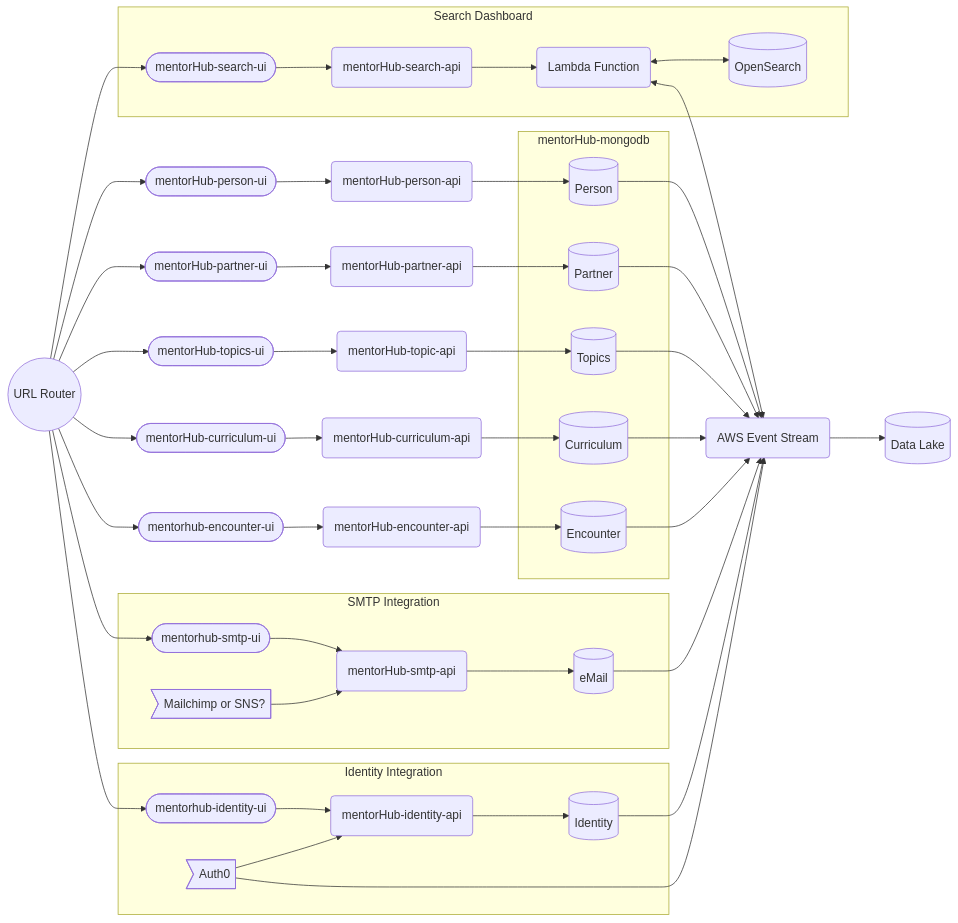
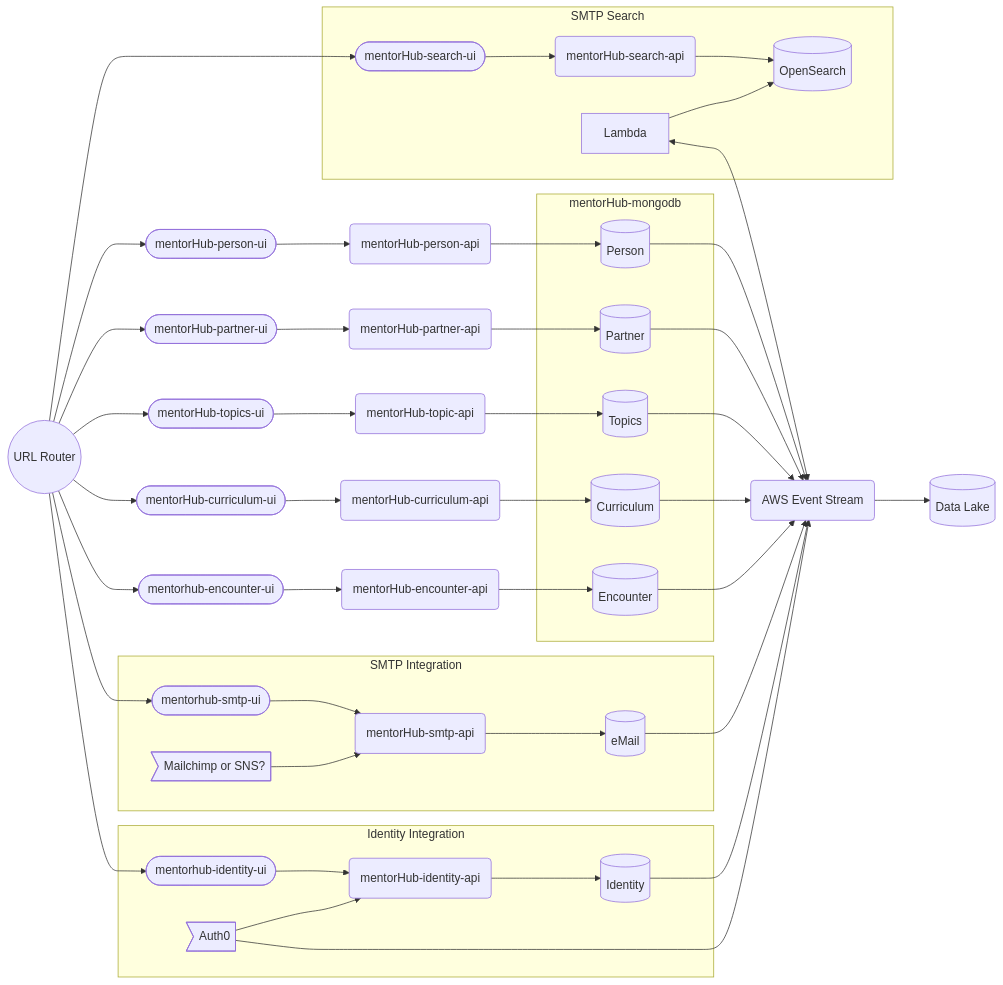
The first of 5 diagrams in specifications/ARCHITECTURE.md (agile-learning-institute/mentorHub), drawn with Mermaid before and after one commit. The commit also changed other lines of this file, not shown here.

Commit message:
search diagram update

```diff
--- a/specifications/ARCHITECTURE.md
+++ b/specifications/ARCHITECTURE.md
@@ -24,13 +24,12 @@
     BUS(AWS Event Stream)
     --> DataLake[(Data Lake)]
 
-    APIG 
-    --> SearchUI([mentorHub-search-ui])
-    subgraph Search Dashboard
+    APIG --> SearchUI([mentorHub-search-ui])
+    subgraph SMTP Search
         SearchUI
         --> SearchAPI(mentorHub-search-api)
-        --> Lambda(Lambda Function)
-        <--> SearchService[(OpenSearch)]
+        --> SearchService[(OpenSearch)]
+        Lambda --> SearchService
     end
     Lambda <--> BUS
     
```
